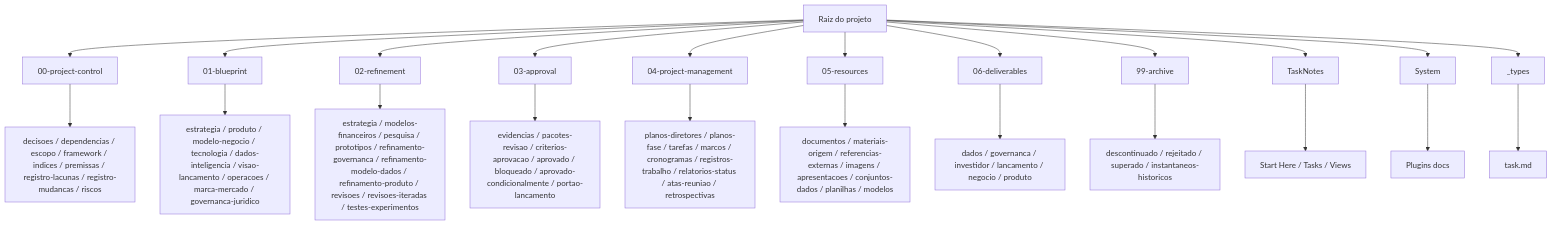
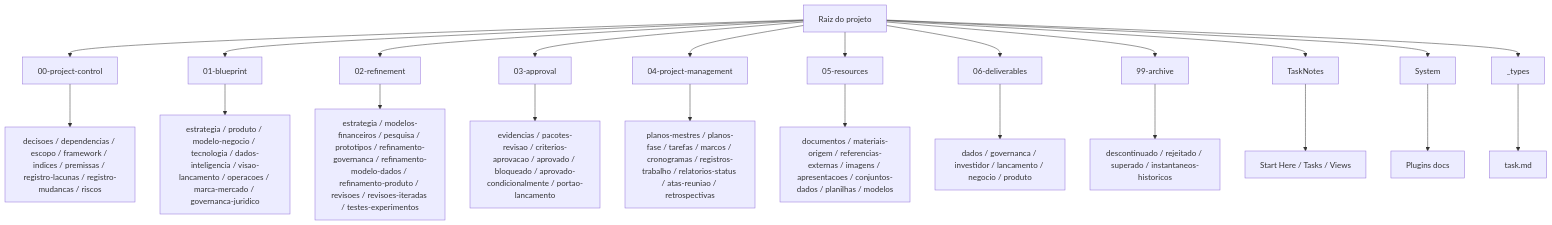
One commit to pratofeitoo/the-new-hub-proj-dev-2 changed the second of 2 diagrams in README.md. Above: the diagram before and after it, drawn with Mermaid. The commit also changed other lines of this file and 1 other file, not shown here.

````diff
--- a/README.md
+++ b/README.md
@@ -49,27 +50,27 @@
 ```mermaid
 flowchart TB
     R[Raiz do projeto]
     R --> PC[00-project-control]
     R --> BP[01-blueprint]
     R --> RF[02-refinement]
     R --> AP[03-approval]
     R --> PM[04-project-management]
     R --> RS[05-resources]
     R --> DL[06-deliverables]
     R --> AR[99-archive]
     R --> TN[TaskNotes]
     R --> SYS[System]
     R --> TYP[_types]
 
     PC --> PCF[decisoes / dependencias / escopo / framework / indices / premissas / registro-lacunas / registro-mudancas / riscos]
     BP --> BPF[estrategia / produto / modelo-negocio / tecnologia / dados-inteligencia / visao-lancamento / operacoes / marca-mercado / governanca-juridico]
     RF --> RFF[estrategia / modelos-financeiros / pesquisa / prototipos / refinamento-governanca / refinamento-modelo-dados / refinamento-produto / revisoes / revisoes-iteradas / testes-experimentos]
     AP --> APF[evidencias / pacotes-revisao / criterios-aprovacao / aprovado / bloqueado / aprovado-condicionalmente / portao-lancamento]
-    PM --> PMF[planos-diretores / planos-fase / tarefas / marcos / cronogramas / registros-trabalho / relatorios-status / atas-reuniao / retrospectivas]
+    PM --> PMF[planos-mestres / planos-fase / tarefas / marcos / cronogramas / registros-trabalho / relatorios-status / atas-reuniao / retrospectivas]
     RS --> RSF[documentos / materiais-origem / referencias-externas / imagens / apresentacoes / conjuntos-dados / planilhas / modelos]
     DL --> DLF[dados / governanca / investidor / lancamento / negocio / produto]
     AR --> ARF[descontinuado / rejeitado / superado / instantaneos-historicos]
     TN --> TNF[Start Here / Tasks / Views]
     SYS --> SYSF[Plugins docs]
     TYP --> TYPF[task.md]
 ```
````
